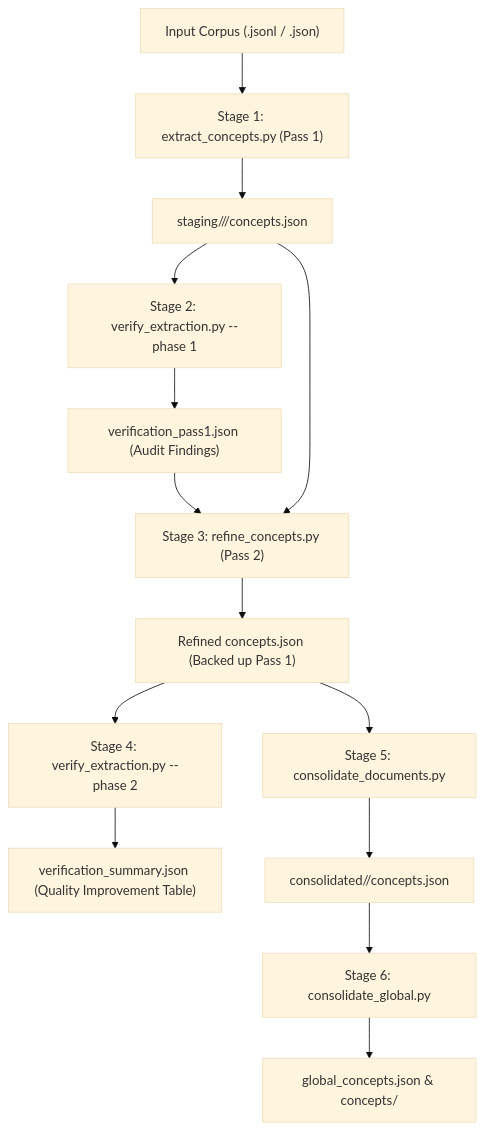
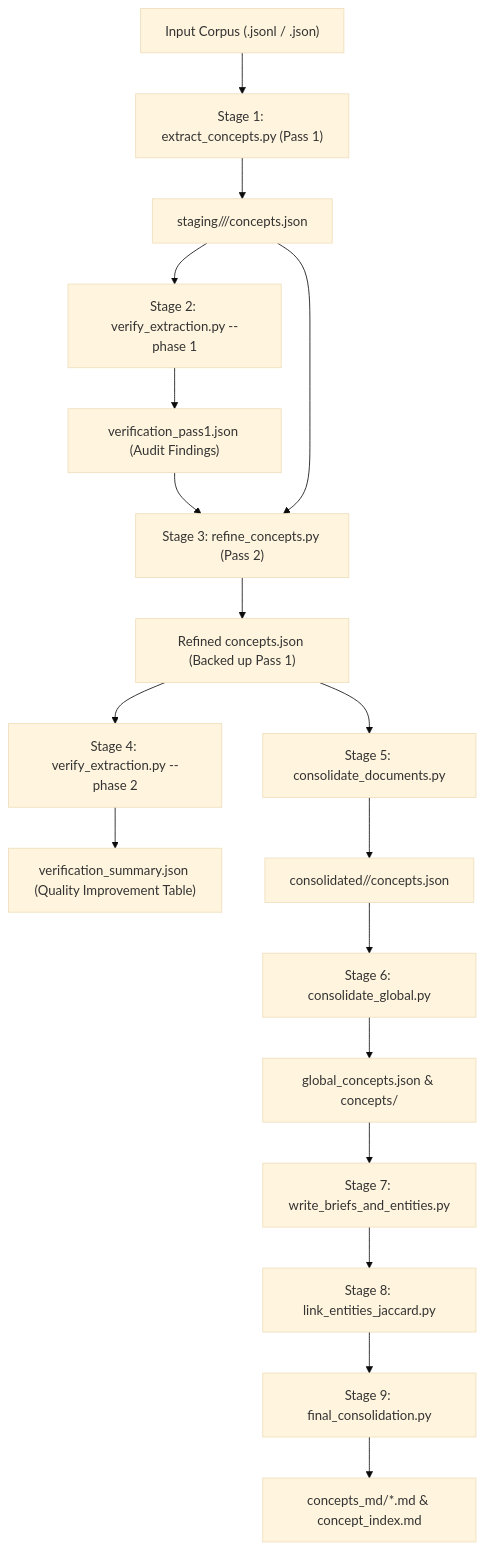
Before and after one commit to BhagawanPanditi/wiki-pipeline: the diagram in new_README.md, drawn with Mermaid (base theme). The commit also changed other lines of this file and 3 other files, not shown here.

Commit message:
feat: implement Stages 7, 8, 9 with briefs+entities, jaccard linking, and final wiki export

````diff
--- a/new_README.md
+++ b/new_README.md
@@ -30,16 +30,20 @@
 ```mermaid
 flowchart TD
     Corpus["Input Corpus (.jsonl / .json)"] --> Pass1["Stage 1: extract_concepts.py (Pass 1)"]
     Pass1 --> Staging1["staging/<doc>/<chunk>/concepts.json"]
     Staging1 --> Verify1["Stage 2: verify_extraction.py --phase 1"]
     Verify1 --> Report1["verification_pass1.json (Audit Findings)"]
     Report1 --> Refine["Stage 3: refine_concepts.py (Pass 2)"]
     Staging1 --> Refine
     Refine --> Staging2["Refined concepts.json (Backed up Pass 1)"]
     Staging2 --> Verify2["Stage 4: verify_extraction.py --phase 2"]
     Verify2 --> Summary["verification_summary.json (Quality Improvement Table)"]
     Staging2 --> DocConsolidate["Stage 5: consolidate_documents.py"]
     DocConsolidate --> DocOut["consolidated/<doc>/concepts.json"]
     DocOut --> GlobalConsolidate["Stage 6: consolidate_global.py"]
     GlobalConsolidate --> GlobalOut["global_concepts.json & concepts/<title>.json"]
+    GlobalOut --> Stage7["Stage 7: write_briefs_and_entities.py"]
+    Stage7 --> Stage8["Stage 8: link_entities_jaccard.py"]
+    Stage8 --> Stage9["Stage 9: final_consolidation.py"]
+    Stage9 --> Wiki["concepts_md/*.md & concept_index.md"]
 ```
````
